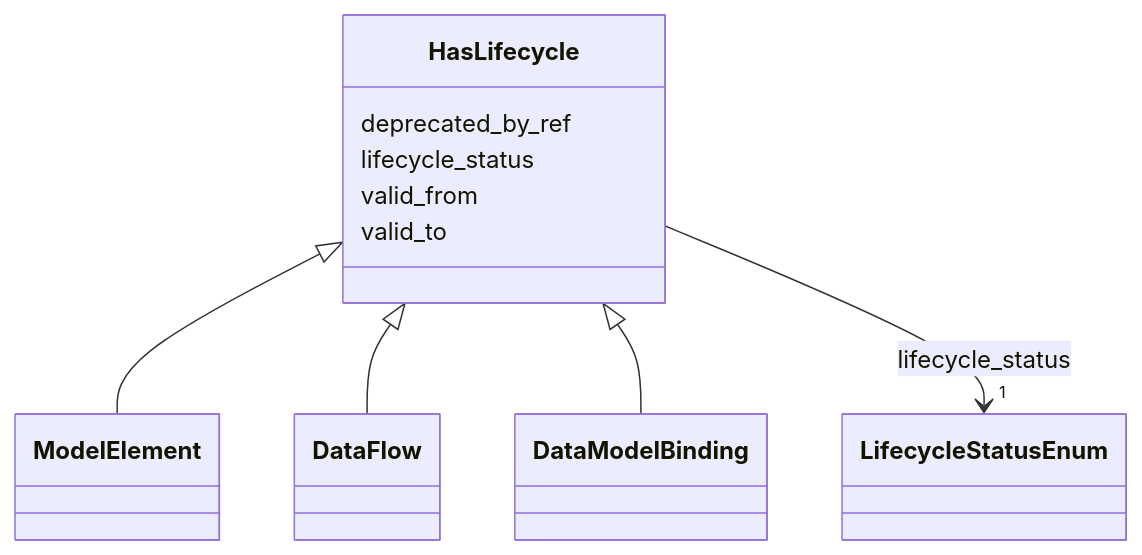
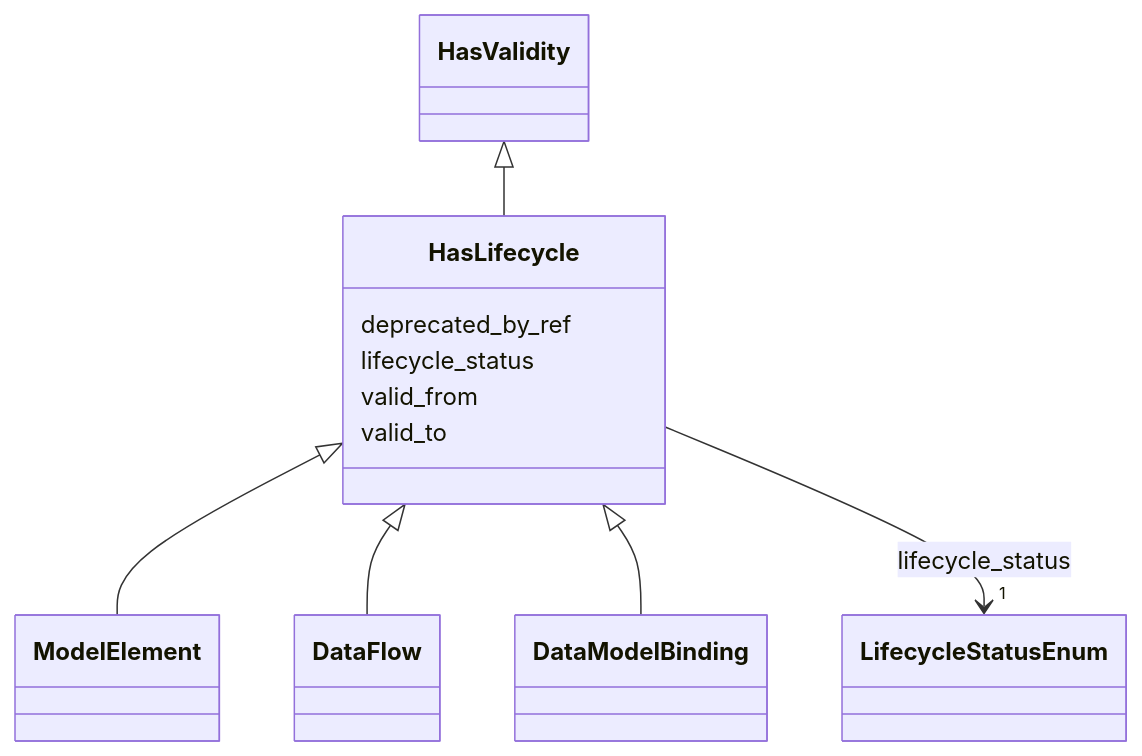
One commit to oista/moex-data-model changed the diagram in generated/artifacts/moex-dams/0.1/diagrams/HasLifecycle.md. Above: the diagram before and after it, drawn with Mermaid. The commit also changed 44 other files, not shown here.

Commit message:
feat(dams): ModelElement mixins via moex-base (ADR-044 PR-1, schema 2.1.0)

````diff
--- a/generated/artifacts/moex-dams/0.1/diagrams/HasLifecycle.md
+++ b/generated/artifacts/moex-dams/0.1/diagrams/HasLifecycle.md
@@ -4,30 +4,35 @@
 ```mermaid
  classDiagram
     class HasLifecycle
     click HasLifecycle href "../HasLifecycle"
+      HasValidity <|-- HasLifecycle
+        click HasValidity href "../HasValidity"
+      
+
       HasLifecycle <|-- ModelElement
         click ModelElement href "../ModelElement"
       HasLifecycle <|-- DataFlow
         click DataFlow href "../DataFlow"
       HasLifecycle <|-- DataModelBinding
         click DataModelBinding href "../DataModelBinding"
       
+
       HasLifecycle : deprecated_by_ref
         
       HasLifecycle : lifecycle_status
         
           
     
         
         
         HasLifecycle --> "1" LifecycleStatusEnum : lifecycle_status
         click LifecycleStatusEnum href "../LifecycleStatusEnum"
     
 
         
       HasLifecycle : valid_from
         
       HasLifecycle : valid_to
         
       
 ```
````
